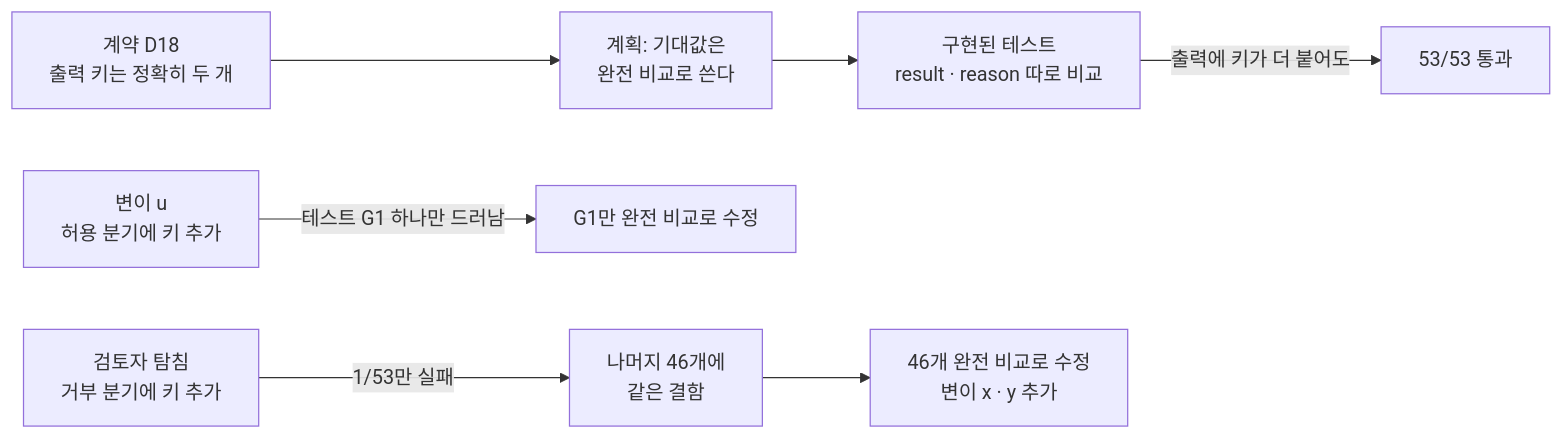
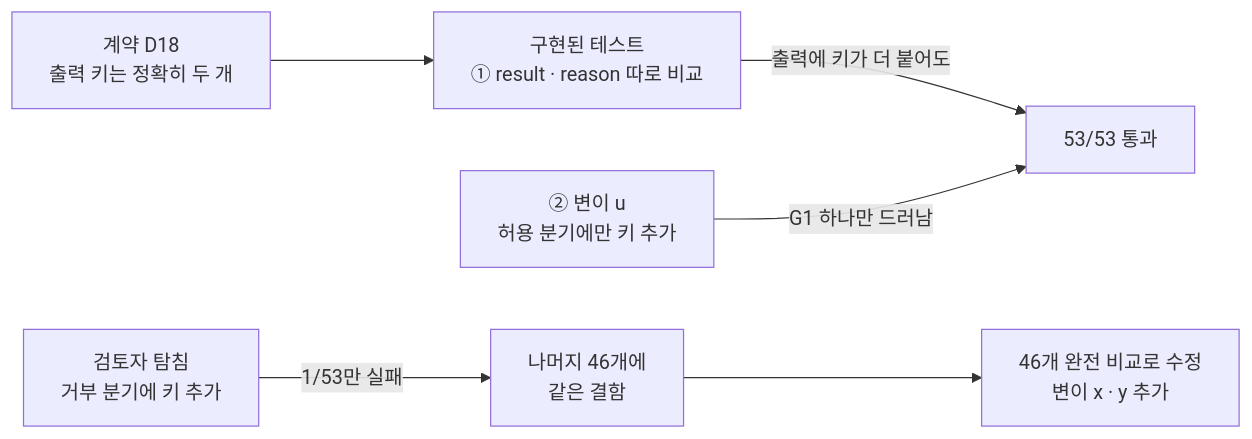
The second of 5 diagrams in README.md (SunWoo1213/broker-agent), drawn with Mermaid before and after one commit. The commit also changed other lines of this file, not shown here.

````diff
--- a/README.md
+++ b/README.md
@@ -48,9 +75,8 @@
 ```mermaid
 flowchart LR
-  S["계약 D18<br/>출력 키는 정확히 두 개"] --> PL["계획: 기대값은<br/>완전 비교로 쓴다"]
-  PL --> IMP["구현된 테스트<br/>result · reason 따로 비교"]
+  S["계약 D18<br/>출력 키는 정확히 두 개"] --> IMP["구현된 테스트<br/>① result · reason 따로 비교"]
   IMP -->|출력에 키가 더 붙어도| PASS["53/53 통과"]
-  MU["변이 u<br/>허용 분기에 키 추가"] -->|테스트 G1 하나만 드러남| PART["G1만 완전 비교로 수정"]
+  MU["② 변이 u<br/>허용 분기에만 키 추가"] -->|G1 하나만 드러남| PASS
   PR["검토자 탐침<br/>거부 분기에 키 추가"] -->|"1/53만 실패"| HOLE["나머지 46개에<br/>같은 결함"]
   HOLE --> FIX["46개 완전 비교로 수정<br/>변이 x · y 추가"]
 ```
````
